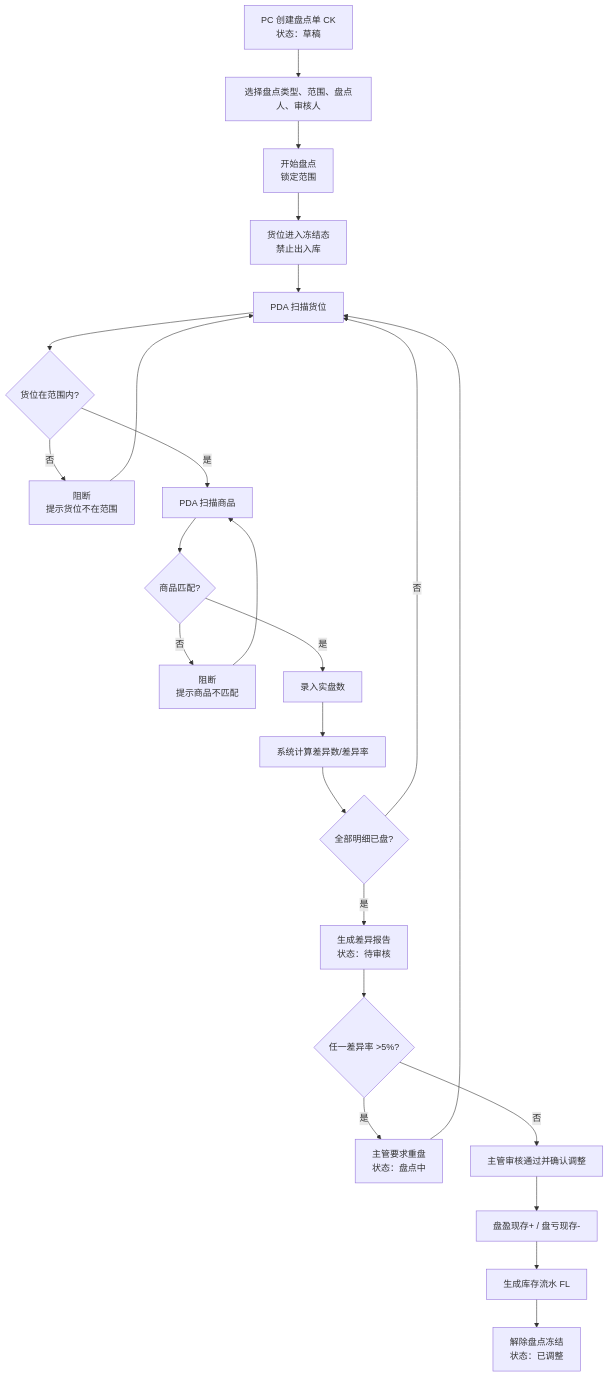
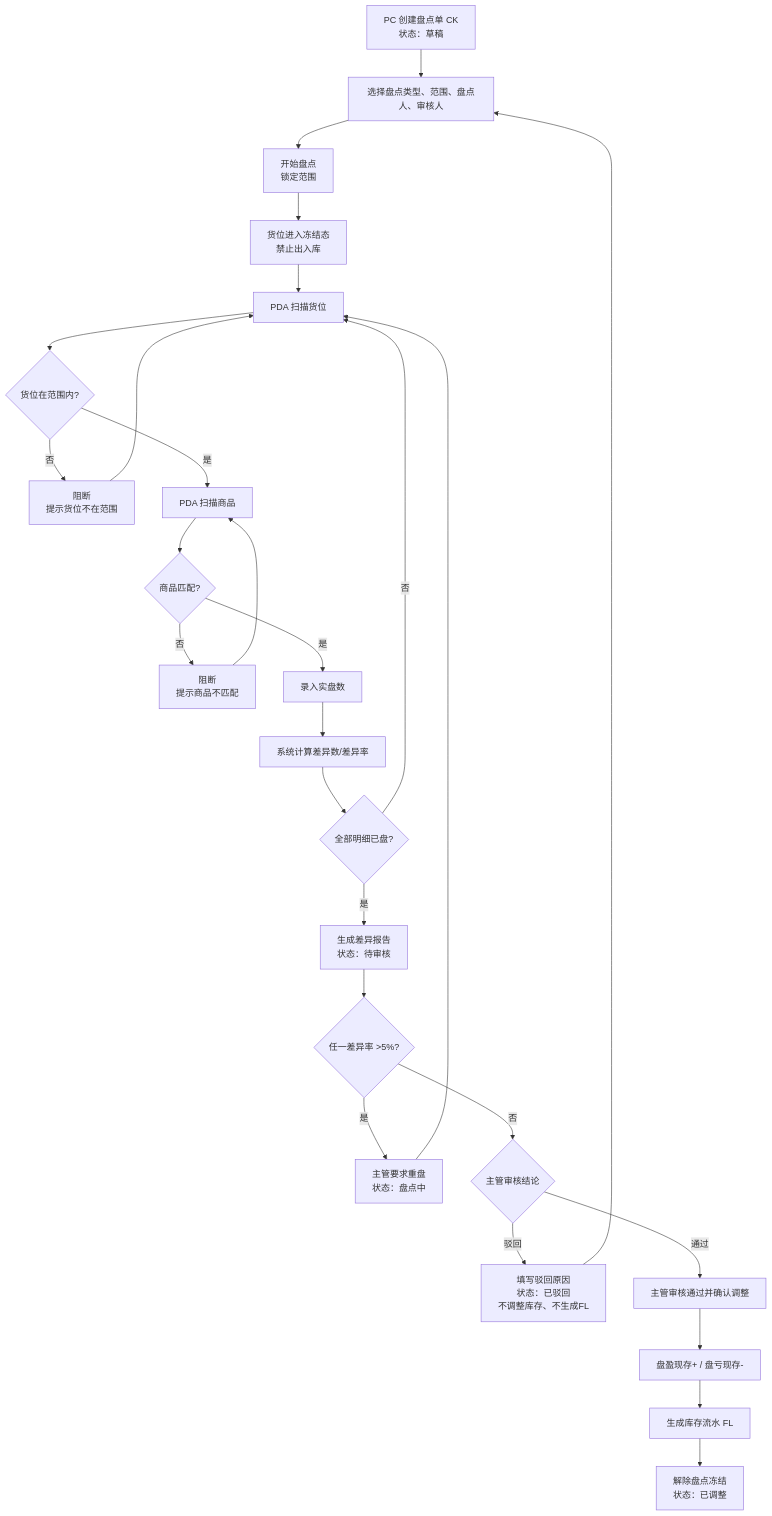
Before and after one commit to lophyJessica/forge-crm: the first of 2 diagrams in prd-docs/盘点管理/盘点单/盘点单_业务流程推演.md, drawn with Mermaid. The commit also changed other lines of this file and 40 other files, not shown here.

````diff
--- a/prd-docs/盘点管理/盘点单/盘点单_业务流程推演.md
+++ b/prd-docs/盘点管理/盘点单/盘点单_业务流程推演.md
@@ -28,26 +28,29 @@
 ```mermaid
 flowchart TD
     A["PC 创建盘点单 CK<br/>状态：草稿"] --> B["选择盘点类型、范围、盘点人、审核人"]
     B --> C["开始盘点<br/>锁定范围"]
     C --> D["货位进入冻结态<br/>禁止出入库"]
     D --> E["PDA 扫描货位"]
     E --> F{"货位在范围内?"}
     F -->|"否"| F1["阻断<br/>提示货位不在范围"]
     F1 --> E
     F -->|"是"| G["PDA 扫描商品"]
     G --> H{"商品匹配?"}
     H -->|"否"| H1["阻断<br/>提示商品不匹配"]
     H1 --> G
     H -->|"是"| I["录入实盘数"]
     I --> J["系统计算差异数/差异率"]
     J --> K{"全部明细已盘?"}
     K -->|"否"| E
     K -->|"是"| L["生成差异报告<br/>状态：待审核"]
     L --> M{"任一差异率 >5%?"}
     M -->|"是"| N["主管要求重盘<br/>状态：盘点中"]
     N --> E
-    M -->|"否"| O["主管审核通过并确认调整"]
-    O --> P["盘盈现存+ / 盘亏现存-"]
+    M -->|"否"| O{"主管审核结论"}
+    O -->|"驳回"| O1["填写驳回原因<br/>状态：已驳回<br/>不调整库存、不生成FL"]
+    O1 --> B
+    O -->|"通过"| O2["主管审核通过并确认调整"]
+    O2 --> P["盘盈现存+ / 盘亏现存-"]
     P --> Q["生成库存流水 FL"]
     Q --> R["解除盘点冻结<br/>状态：已调整"]
 ```
````
